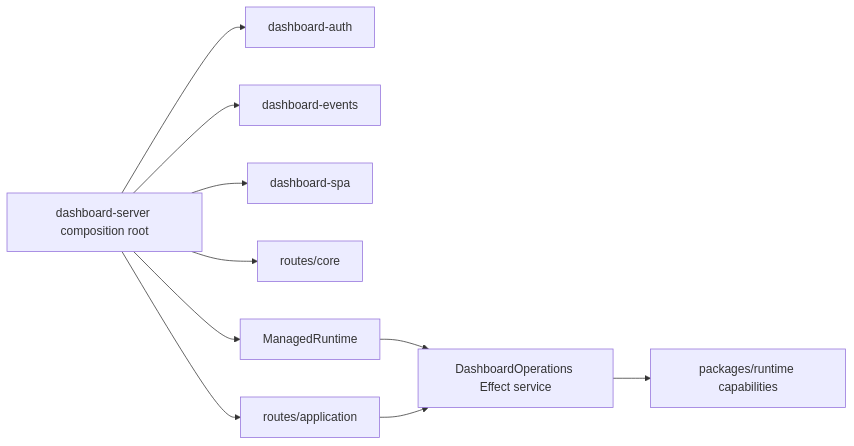
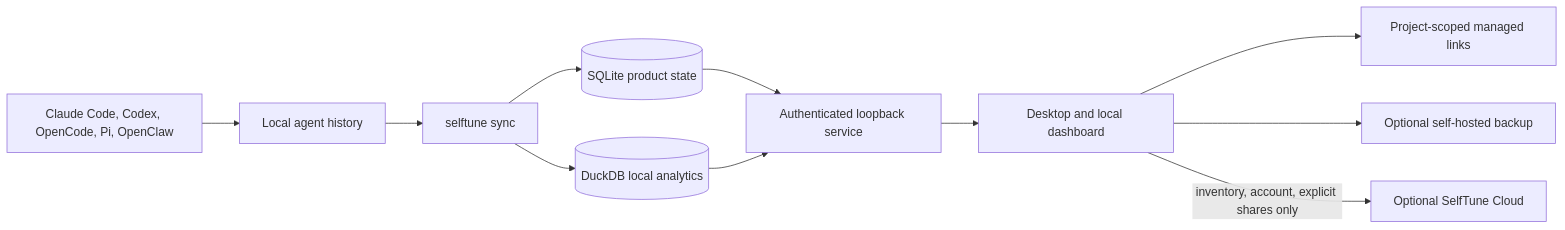
Before and after one commit to WellDunDun/selftune: the diagram in ARCHITECTURE.md, drawn with Mermaid. The commit also changed other lines of this file and 499 other files, not shown here.

First line of the commit message:
feat: relaunch SelfTune as a local-first skill workspace (#157)

````diff
--- a/ARCHITECTURE.md
+++ b/ARCHITECTURE.md
@@ -203,12 +8,13 @@
 ```mermaid
 flowchart LR
-  Server[dashboard-server composition root] --> Auth[dashboard-auth]
-  Server --> Events[dashboard-events]
-  Server --> Spa[dashboard-spa]
-  Server --> Core[routes/core]
-  Server --> AppRoutes[routes/application]
-  Server --> Runtime[ManagedRuntime]
-  Runtime --> Operations[DashboardOperations Effect service]
-  Operations --> LocalRuntime[packages/runtime capabilities]
-  AppRoutes --> Operations
+  Agents[Claude Code, Codex, OpenCode, Pi, OpenClaw] --> Sources[Local agent history]
+  Sources --> Sync[selftune sync]
+  Sync --> SQLite[(SQLite product state)]
+  Sync --> DuckDB[(DuckDB local analytics)]
+  SQLite --> Service[Authenticated loopback service]
+  DuckDB --> Service
+  Service --> Desktop[Desktop and local dashboard]
+  Desktop --> Projects[Project-scoped managed links]
+  Desktop --> SelfHost[Optional self-hosted backup]
+  Desktop -->|inventory, account, explicit shares only| Cloud[Optional SelfTune Cloud]
 ```
````
